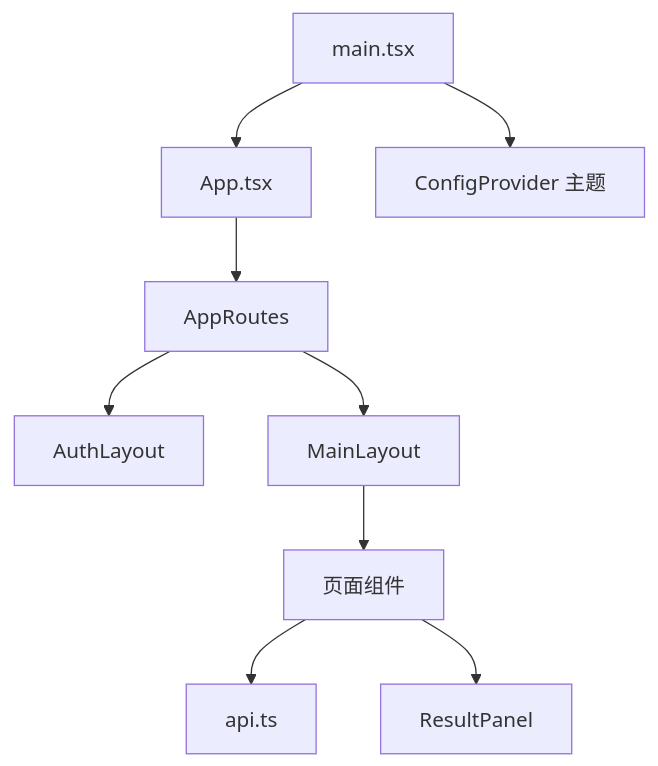
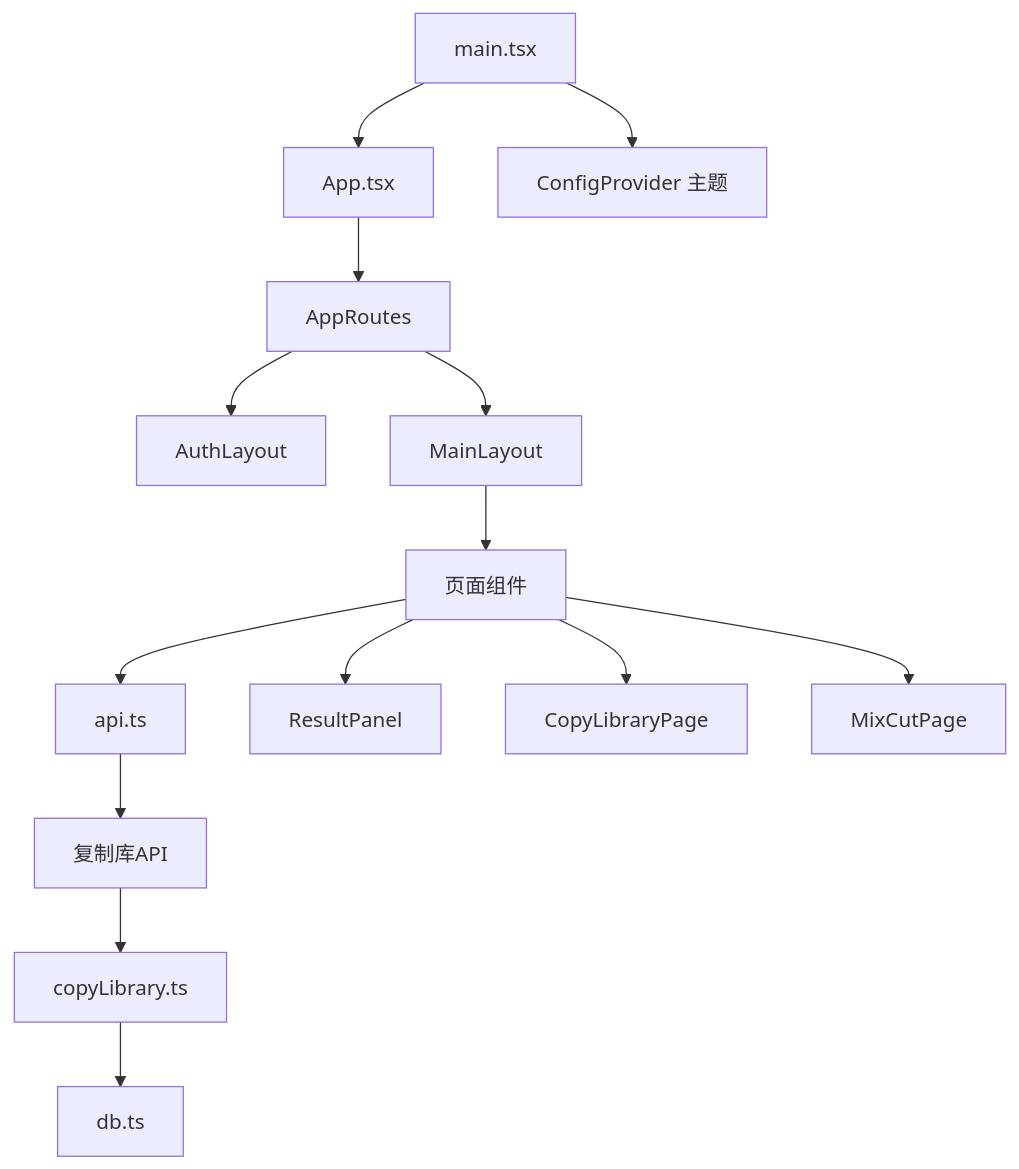
One commit to hanksd769-droid/sailshub changed diagram 13 of 13 in .qoder/repowiki/zh/content/前端组件架构/前端组件架构.md. Above: the diagram before and after it, drawn with Mermaid. The commit also changed other lines of this file and 6 other files, not shown here.

````diff
--- a/.qoder/repowiki/zh/content/前端组件架构/前端组件架构.md
+++ b/.qoder/repowiki/zh/content/前端组件架构/前端组件架构.md
@@ -365,11 +537,16 @@
 ```mermaid
 graph TB
 MAIN["main.tsx"] --> APP["App.tsx"]
 APP --> ROUTES["AppRoutes"]
 ROUTES --> AUTH["AuthLayout"]
 ROUTES --> MAINL["MainLayout"]
 MAINL --> PAGES["页面组件"]
 PAGES --> API["api.ts"]
 PAGES --> RP["ResultPanel"]
+PAGES --> COPY_LIBRARY["CopyLibraryPage"]
+PAGES --> MIX_CUT["MixCutPage"]
+API --> COPY_LIBRARY_API["复制库API"]
+COPY_LIBRARY_API --> COPY_LIBRARY_ROUTE["copyLibrary.ts"]
+COPY_LIBRARY_ROUTE --> DB["db.ts"]
 MAIN --> THEME["ConfigProvider 主题"]
 ```
````
